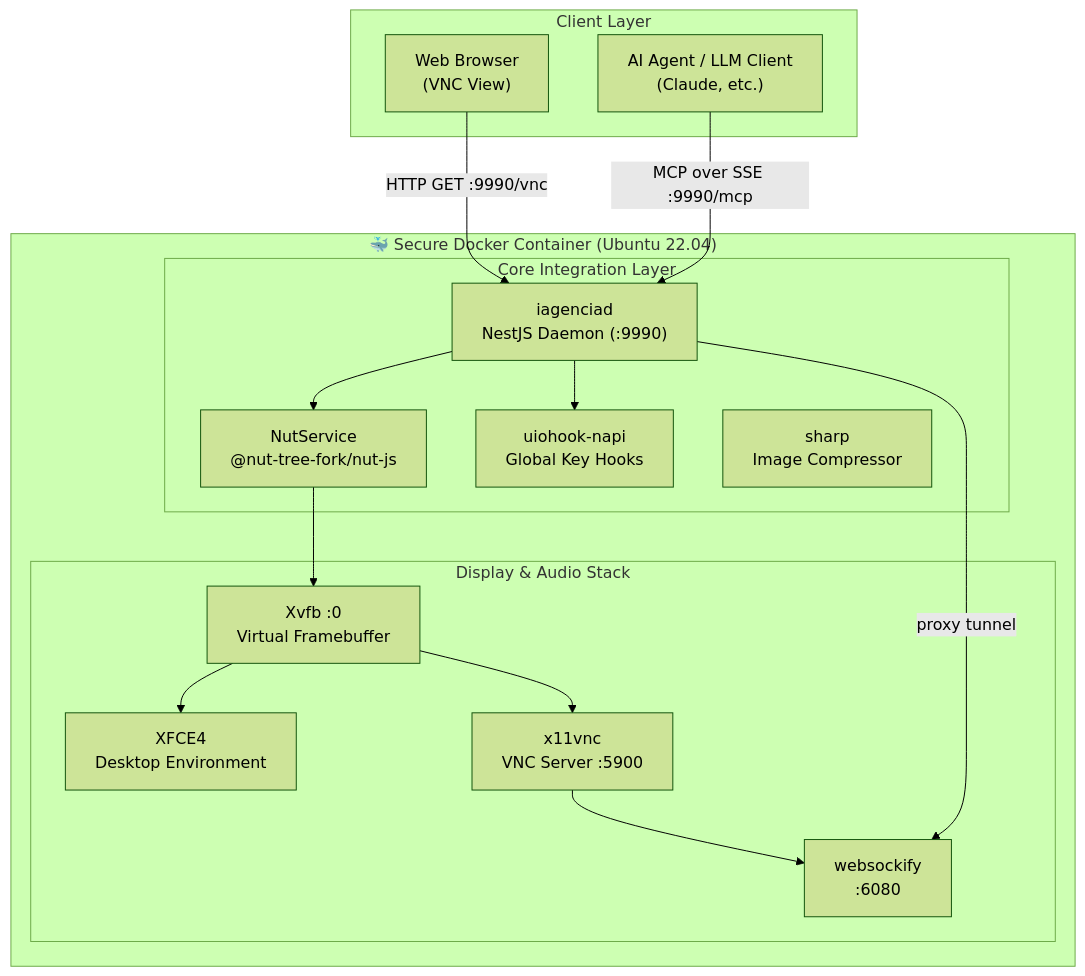
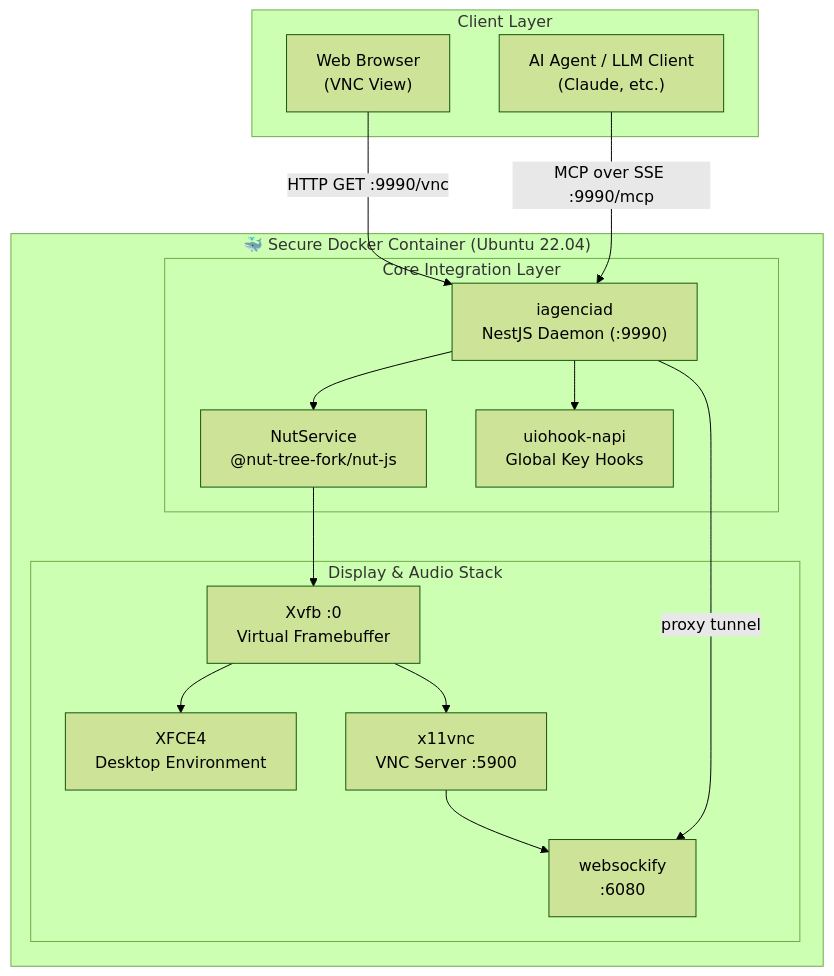
One commit to dotojr123/open-infra-agent-v2 changed the diagram in README.md. Above: the diagram before and after it, drawn with Mermaid (forest theme). The commit also changed other lines of this file, not shown here.

````diff
--- a/README.md
+++ b/README.md
@@ -59,34 +71,33 @@
 ```mermaid
 graph TB
     subgraph "🐳 Secure Docker Container (Ubuntu 22.04)"
         subgraph "Display & Audio Stack"
             XVFB["Xvfb :0<br>Virtual Framebuffer"]
             XFCE["XFCE4<br>Desktop Environment"]
             VNC["x11vnc<br>VNC Server :5900"]
             WS["websockify<br>:6080"]
         end
         
         subgraph "Core Integration Layer"
             NEST["iagenciad<br>NestJS Daemon (:9990)"]
             NUT["NutService<br>@nut-tree-fork/nut-js"]
             UIOHOOK["uiohook-napi<br>Global Key Hooks"]
-            SHARP["sharp<br>Image Compressor"]
         end
         
         XVFB --> XFCE
         XVFB --> VNC
         VNC --> WS
         NEST --> |"proxy tunnel"| WS
         NEST --> NUT
         NEST --> UIOHOOK
         NUT --> XVFB
     end
 
     subgraph "Client Layer"
         BROWSER["Web Browser<br>(VNC View)"]
         LLM["AI Agent / LLM Client<br>(Claude, etc.)"]
     end
 
     BROWSER --> |"HTTP GET :9990/vnc"| NEST
     LLM --> |"MCP over SSE :9990/mcp"| NEST
 ```
````
